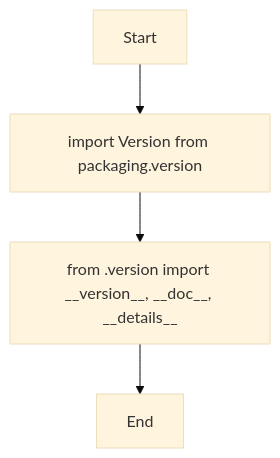
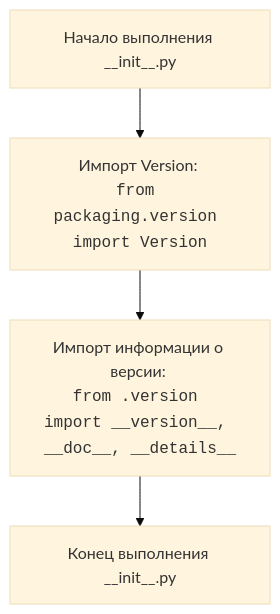
One commit to hypo69/hypo changed the diagram in docs/gemini/ru/explainer/src/endpoints/prestashop/_examples/__init__.py.md. Above: the diagram before and after it, drawn with Mermaid (base theme). The commit also changed other lines of this file and 1505 other files, not shown here.

````diff
--- a/docs/gemini/ru/explainer/src/endpoints/prestashop/_examples/__init__.py.md
+++ b/docs/gemini/ru/explainer/src/endpoints/prestashop/_examples/__init__.py.md
@@ -17,6 +25,6 @@
 ```mermaid
 flowchart TD
-    Start --> ImportPackagingVersion[import Version from packaging.version]
-    ImportPackagingVersion --> ImportVersionDetails[from .version import __version__, __doc__, __details__]
-    ImportVersionDetails --> End
+    Start[Начало выполнения __init__.py] --> ImportVersion[Импорт Version: <br><code>from packaging.version import Version</code>]
+    ImportVersion --> ImportVersionInfo[Импорт информации о версии: <br><code>from .version import __version__, __doc__, __details__</code>]
+    ImportVersionInfo --> End[Конец выполнения __init__.py]
 ```
````
